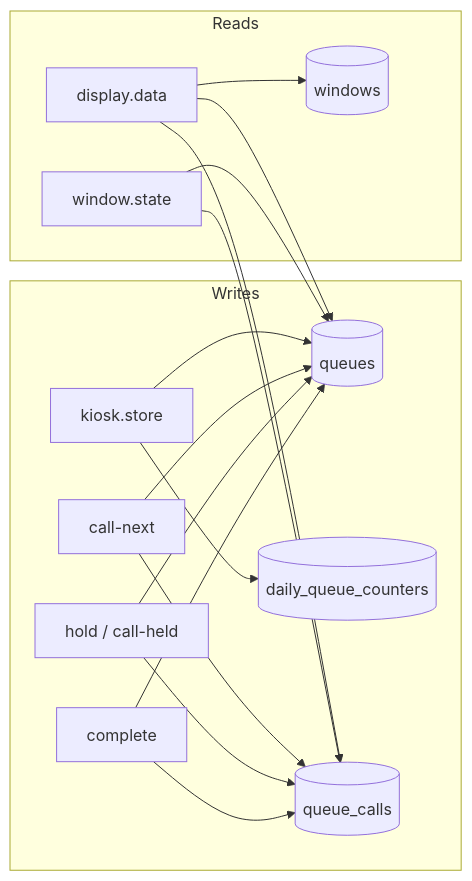
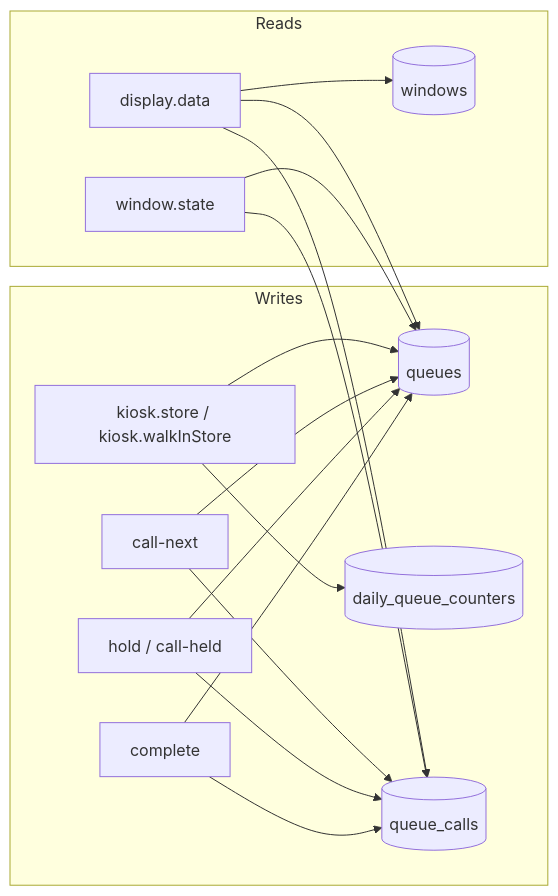
Diagram 11 of 12 in docs/system-flowchart.md (rhems95/queuing-system), drawn with Mermaid before and after one commit. The commit also changed other lines of this file and 51 other files, not shown here.

First line of the commit message:
Add kiosk walk-in PIN and block Guard login.

````diff
--- a/docs/system-flowchart.md
+++ b/docs/system-flowchart.md
@@ -335,20 +364,20 @@
 ```mermaid
 flowchart LR
     subgraph Writes["Writes"]
-        K["kiosk.store"] --> Q[(queues)]
+        K["kiosk.store / kiosk.walkInStore"] --> Q[(queues)]
         K --> D[(daily_queue_counters)]
         CN["call-next"] --> Q
         CN --> QC[(queue_calls)]
         HD["hold / call-held"] --> Q
         HD --> QC
         CP["complete"] --> Q
         CP --> QC
     end
     subgraph Reads["Reads"]
         DISP["display.data"] --> Q
         DISP --> WIN[(windows)]
         DISP --> QC
         ST["window.state"] --> Q
         ST --> QC
     end
 ```
````
